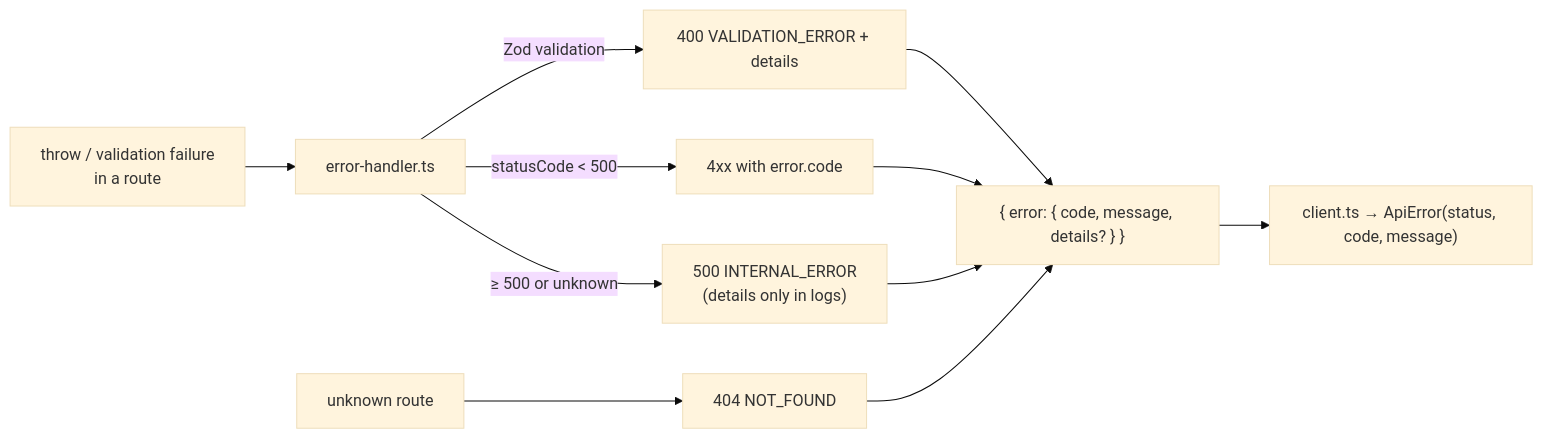
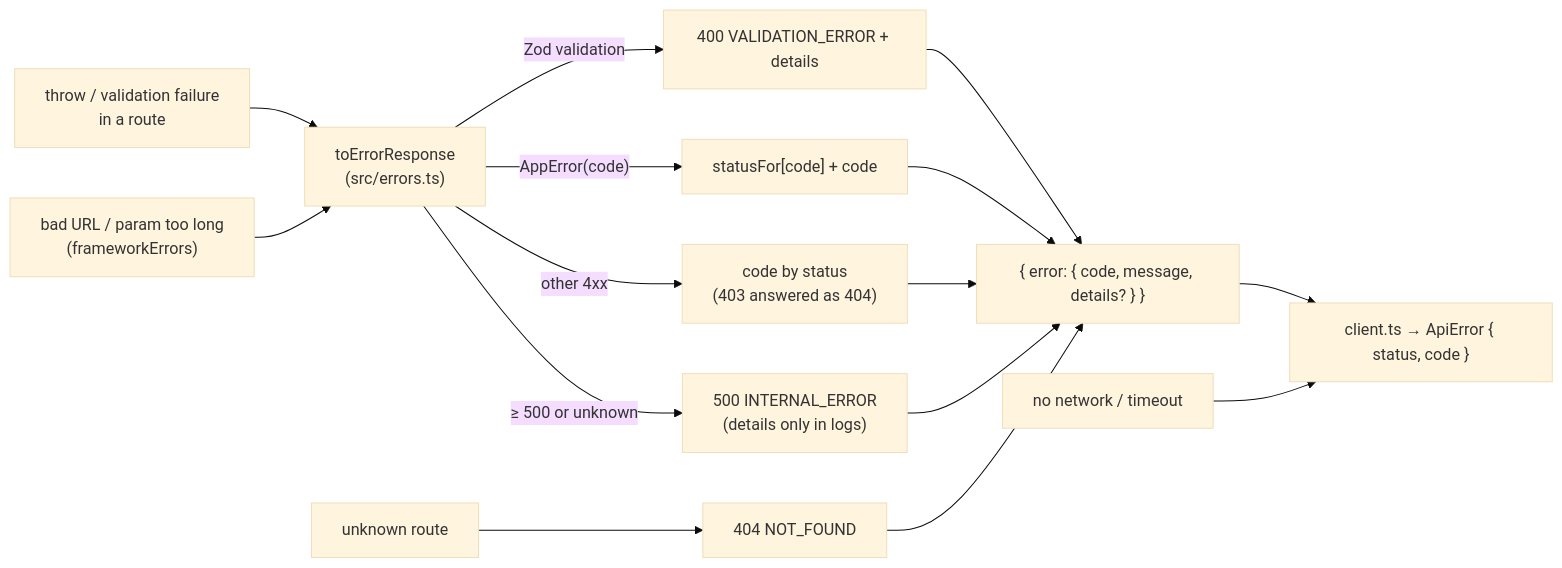
The seventh of 10 diagrams in docs/onboarding.md (IgorKazakovDev/GreetDay), drawn with Mermaid (base theme) before and after one commit. The commit also changed other lines of this file, not shown here.

Commit message:
docs: update onboarding for the shared error conventions (#50)

````diff
--- a/docs/onboarding.md
+++ b/docs/onboarding.md
@@ -415,10 +416,13 @@
 ```mermaid
 flowchart LR
-  T["throw / validation failure<br/>in a route"] --> EH["error-handler.ts"]
+  T["throw / validation failure<br/>in a route"] --> EH["toErrorResponse<br/>(src/errors.ts)"]
+  FW["bad URL / param too long<br/>(frameworkErrors)"] --> EH
   EH -- "Zod validation" --> V["400 VALIDATION_ERROR + details"]
-  EH -- "statusCode < 500" --> C["4xx with error.code"]
+  EH -- "AppError(code)" --> A["statusFor[code] + code"]
+  EH -- "other 4xx" --> C["code by status<br/>(403 answered as 404)"]
   EH -- "≥ 500 or unknown" --> I["500 INTERNAL_ERROR<br/>(details only in logs)"]
   NF["unknown route"] --> N["404 NOT_FOUND"]
-  V & C & I & N --> R["{ error: { code, message, details? } }"]
-  R --> AC["client.ts → ApiError(status, code, message)"]
+  V & A & C & I & N --> R["{ error: { code, message, details? } }"]
+  R --> AC["client.ts → ApiError { status, code }"]
+  NET["no network / timeout"] --> AC
 ```
````
